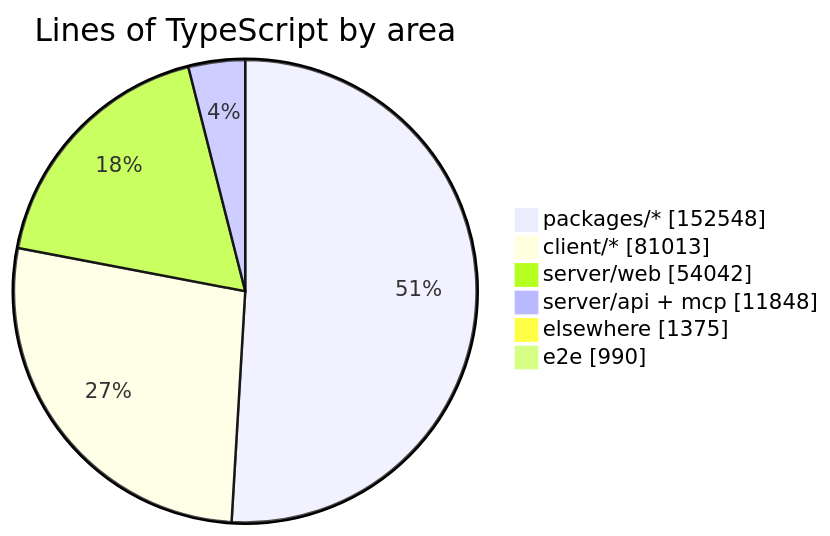
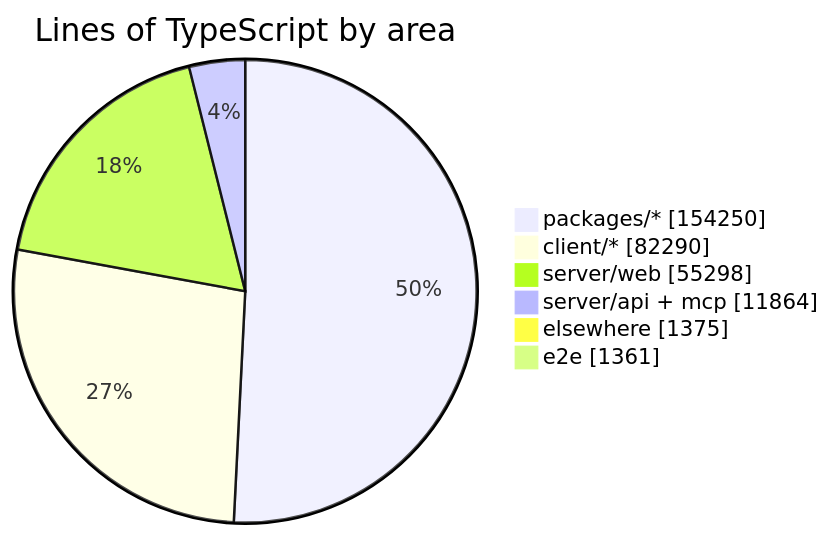
Before and after one commit to crossworks-engineering/mantle: the diagram in README.md, drawn with Mermaid. The commit also changed other lines of this file and 4 other files, not shown here.

````diff
--- a/README.md
+++ b/README.md
@@ -279,9 +279,9 @@
 ```mermaid
 pie showData title Lines of TypeScript by area
-    "packages/*" : 152548
-    "client/*" : 81013
-    "server/web" : 54042
-    "server/api + mcp" : 11848
+    "packages/*" : 154250
+    "client/*" : 82290
+    "server/web" : 55298
+    "server/api + mcp" : 11864
     "elsewhere" : 1375
-    "e2e" : 990
+    "e2e" : 1361
 ```
````
